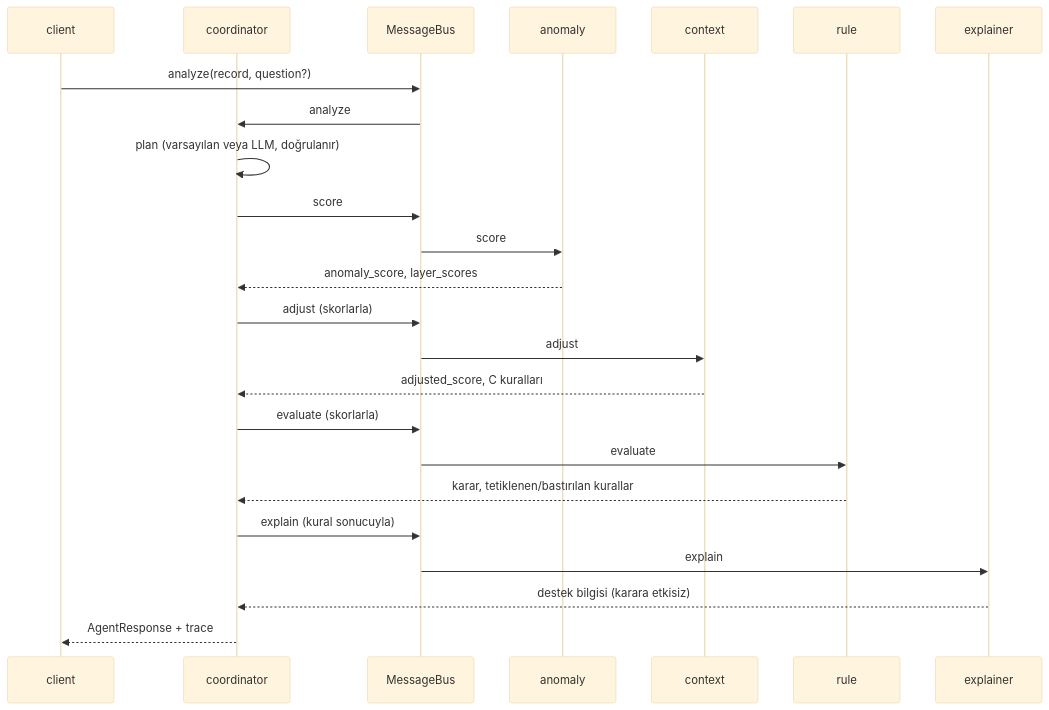
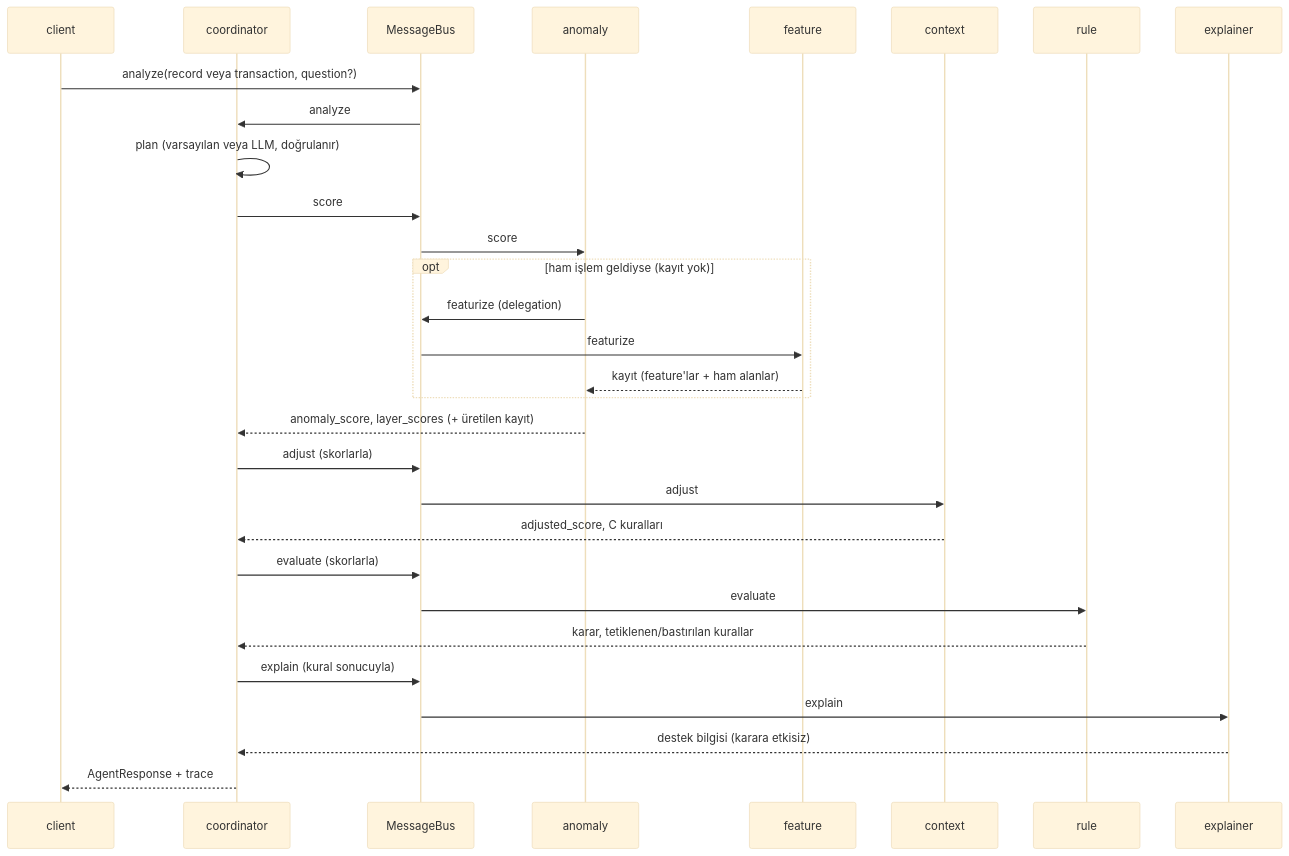
Before and after one commit to rumeysskara/fraud-anomaly-platform: the diagram in docs/step9.md, drawn with Mermaid (base theme). The commit also changed other lines of this file and 39 other files, not shown here.

First line of the commit message:
feat: FeatureAgent delegation, fraud policy KB doc, outlier csv, user feature mapping (K-52..K-54)

````diff
--- a/docs/step9.md
+++ b/docs/step9.md
@@ -37,26 +38,32 @@
 ```mermaid
 sequenceDiagram
     participant C as client
     participant K as coordinator
     participant B as MessageBus
     participant A as anomaly
+    participant F as feature
     participant X as context
     participant R as rule
     participant E as explainer
-    C->>B: analyze(record, question?)
+    C->>B: analyze(record veya transaction, question?)
     B->>K: analyze
     K->>K: plan (varsayılan veya LLM, doğrulanır)
     K->>B: score
     B->>A: score
-    A-->>K: anomaly_score, layer_scores
+    opt ham işlem geldiyse (kayıt yok)
+        A->>B: featurize (delegation)
+        B->>F: featurize
+        F-->>A: kayıt (feature'lar + ham alanlar)
+    end
+    A-->>K: anomaly_score, layer_scores (+ üretilen kayıt)
     K->>B: adjust (skorlarla)
     B->>X: adjust
     X-->>K: adjusted_score, C kuralları
     K->>B: evaluate (skorlarla)
     B->>R: evaluate
     R-->>K: karar, tetiklenen/bastırılan kurallar
     K->>B: explain (kural sonucuyla)
     B->>E: explain
     E-->>K: destek bilgisi (karara etkisiz)
     K-->>C: AgentResponse + trace
 ```
````
